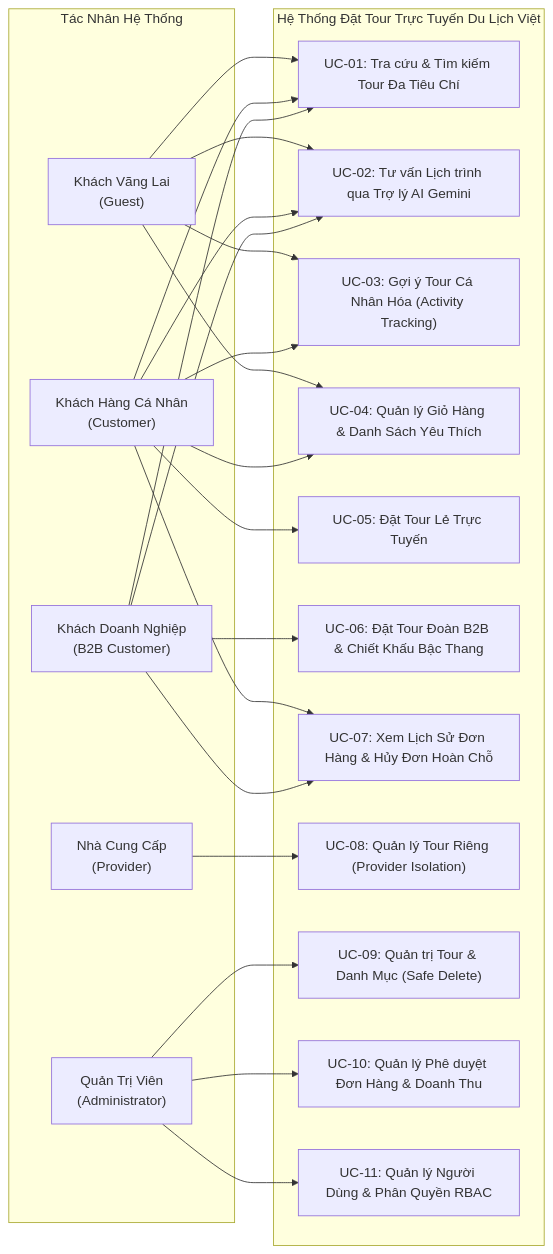
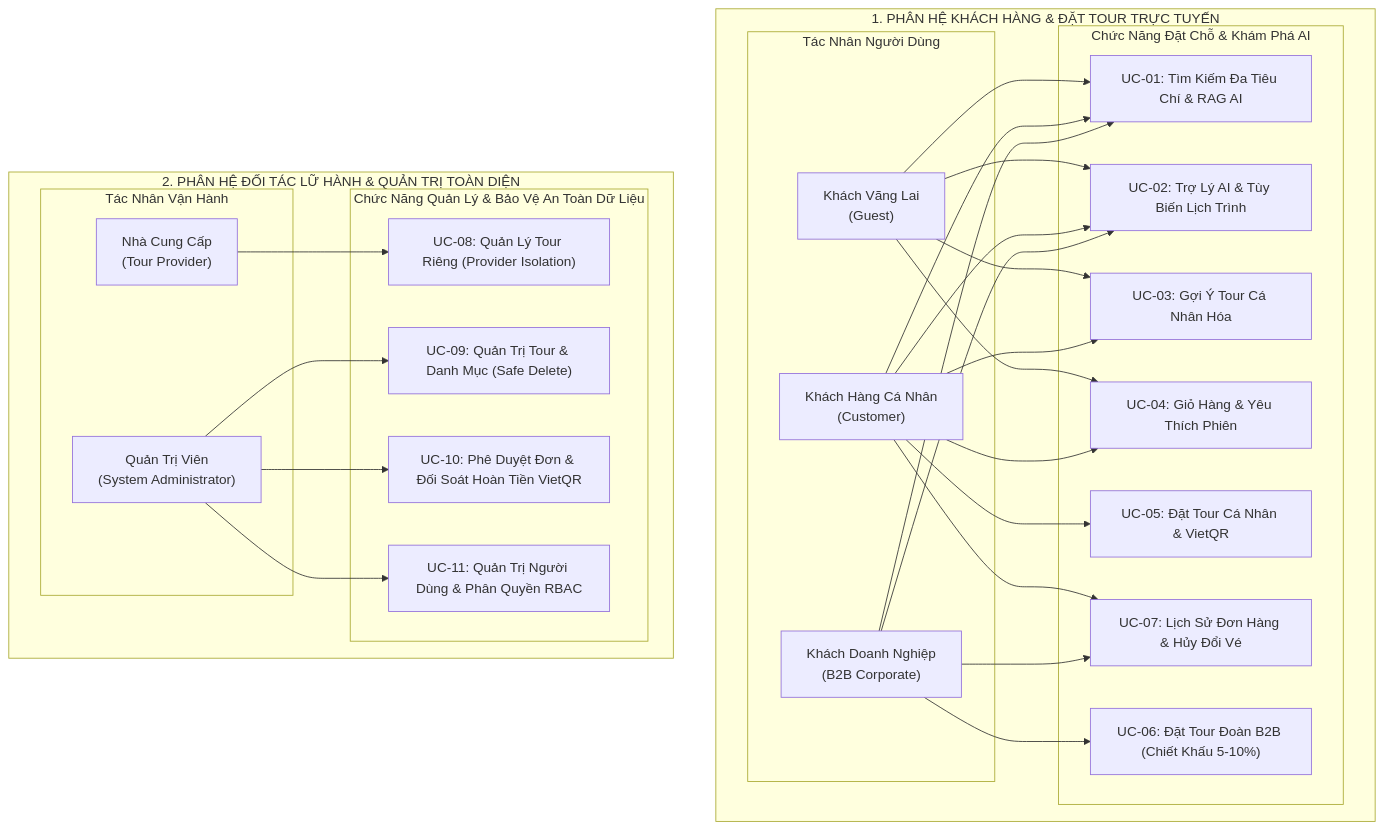
The first of 7 diagrams in docs/DACTAC_KIENTRUC_VA_CHUNANG.md (DaMilos35/JavaWWW_Nhom5_TourBooking), drawn with Mermaid before and after one commit. The commit also changed other lines of this file and 16 other files, not shown here.

````diff
--- a/docs/DACTAC_KIENTRUC_VA_CHUNANG.md
+++ b/docs/DACTAC_KIENTRUC_VA_CHUNANG.md
@@ -70,47 +74,65 @@
 ```mermaid
-flowchart LR
-    subgraph Actors["Tác Nhân Hệ Thống"]
-        G["Khách Vãng Lai<br/>(Guest)"]
-        C["Khách Hàng Cá Nhân<br/>(Customer)"]
-        B["Khách Doanh Nghiệp<br/>(B2B Customer)"]
-        P["Nhà Cung Cấp<br/>(Provider)"]
-        A["Quản Trị Viên<br/>(Administrator)"]
+flowchart TD
+    %% ==========================================================
+    %% 1. PHÂN HỆ KHÁCH HÀNG & TRẢI NGHIỆM ĐẶT TOUR
+    %% ==========================================================
+    subgraph SubCustomer["1. PHÂN HỆ KHÁCH HÀNG & ĐẶT TOUR TRỰC TUYẾN"]
+        direction LR
+        subgraph ActorsCustomer["Tác Nhân Người Dùng"]
+            Guest["Khách Vãng Lai<br/>(Guest)"]
+            Cust["Khách Hàng Cá Nhân<br/>(Customer)"]
+            B2B["Khách Doanh Nghiệp<br/>(B2B Corporate)"]
+        end
+
+        subgraph UCsCustomer["Chức Năng Đặt Chỗ & Khám Phá AI"]
+            UC01["UC-01: Tìm Kiếm Đa Tiêu Chí & RAG AI"]
+            UC02["UC-02: Trợ Lý AI & Tùy Biến Lịch Trình"]
+            UC03["UC-03: Gợi Ý Tour Cá Nhân Hóa"]
+            UC04["UC-04: Giỏ Hàng & Yêu Thích Phiên"]
+            UC05["UC-05: Đặt Tour Cá Nhân & VietQR"]
+            UC06["UC-06: Đặt Tour Đoàn B2B (Chiết Khấu 5-10%)"]
+            UC07["UC-07: Lịch Sử Đơn Hàng & Hủy Đổi Vé"]
+        end
+
+        Guest --> UC01
+        Guest --> UC02
+        Guest --> UC03
+        Guest --> UC04
+
+        Cust --> UC01
+        Cust --> UC02
+        Cust --> UC03
+        Cust --> UC04
+        Cust --> UC05
+        Cust --> UC07
+
+        B2B --> UC01
+        B2B --> UC02
+        B2B --> UC06
+        B2B --> UC07
     end
 
-    subgraph Portal["Hệ Thống Đặt Tour Trực Tuyến Du Lịch Việt"]
-        UC1["UC-01: Tra cứu & Tìm kiếm Tour Đa Tiêu Chí"]
-        UC2["UC-02: Tư vấn Lịch trình qua Trợ lý AI Gemini"]
-        UC3["UC-03: Gợi ý Tour Cá Nhân Hóa (Activity Tracking)"]
-        UC4["UC-04: Quản lý Giỏ Hàng & Danh Sách Yêu Thích"]
-        UC5["UC-05: Đặt Tour Lẻ Trực Tuyến"]
-        UC6["UC-06: Đặt Tour Đoàn B2B & Chiết Khấu Bậc Thang"]
-        UC7["UC-07: Xem Lịch Sử Đơn Hàng & Hủy Đơn Hoàn Chỗ"]
-        UC8["UC-08: Quản lý Tour Riêng (Provider Isolation)"]
-        UC9["UC-09: Quản trị Tour & Danh Mục (Safe Delete)"]
-        UC10["UC-10: Quản lý Phê duyệt Đơn Hàng & Doanh Thu"]
-        UC11["UC-11: Quản lý Người Dùng & Phân Quyền RBAC"]
+    %% ==========================================================
+    %% 2. PHÂN HỆ ĐỐI TÁC LỮ HÀNH & QUẢN TRỊ TOÀN DIỆN
+    %% ==========================================================
+    subgraph SubAdmin["2. PHÂN HỆ ĐỐI TÁC LỮ HÀNH & QUẢN TRỊ TOÀN DIỆN"]
+        direction LR
+        subgraph ActorsAdmin["Tác Nhân Vận Hành"]
+            Provider["Nhà Cung Cấp<br/>(Tour Provider)"]
+            Admin["Quản Trị Viên<br/>(System Administrator)"]
+        end
+
+        subgraph UCsAdmin["Chức Năng Quản Lý & Bảo Vệ An Toàn Dữ Liệu"]
+            UC08["UC-08: Quản Lý Tour Riêng (Provider Isolation)"]
+            UC09["UC-09: Quản Trị Tour & Danh Mục (Safe Delete)"]
+            UC10["UC-10: Phê Duyệt Đơn & Đối Soát Hoàn Tiền VietQR"]
+            UC11["UC-11: Quản Trị Người Dùng & Phân Quyền RBAC"]
+        end
+
+        Provider --> UC08
+
+        Admin --> UC09
+        Admin --> UC10
+        Admin --> UC11
     end
-
-    G --> UC1
-    G --> UC2
-    G --> UC3
-    G --> UC4
-
-    C --> UC1
-    C --> UC2
-    C --> UC3
-    C --> UC4
-    C --> UC5
-    C --> UC7
-
-    B --> UC1
-    B --> UC2
-    B --> UC6
-    B --> UC7
-
-    P --> UC8
-
-    A --> UC9
-    A --> UC10
-    A --> UC11
 ```
````
